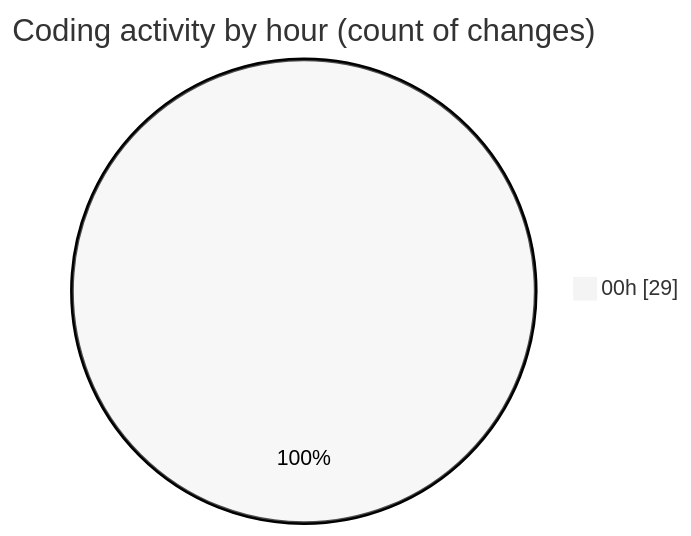
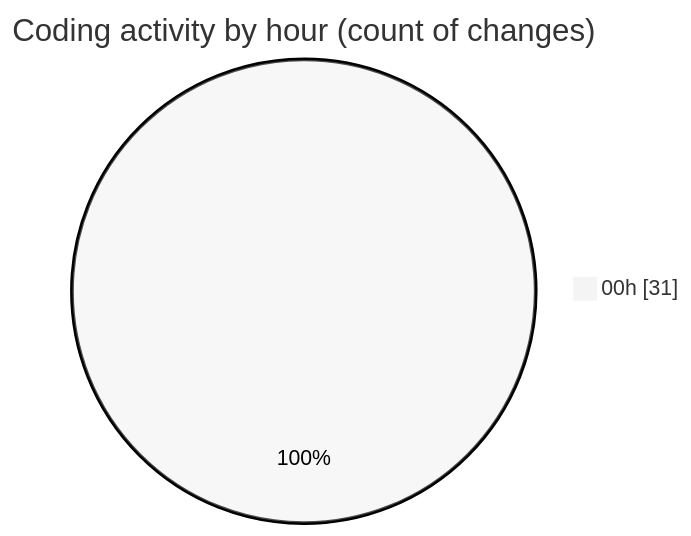
The second of 2 diagrams in 2025-10-28/usr_aleoudev_fr__workspace_/README.md (julien-gomy/code-tracking), drawn with Mermaid (neutral theme) before and after one commit. The commit also changed other lines of this file and 1 other file, not shown here.

````diff
--- a/2025-10-28/usr_aleoudev_fr__workspace_/README.md
+++ b/2025-10-28/usr_aleoudev_fr__workspace_/README.md
@@ -30,5 +31,5 @@
 ```mermaid
 pie showData
 title Coding activity by hour (count of changes)
-"00h" : 29
+"00h" : 31
 ```
````
